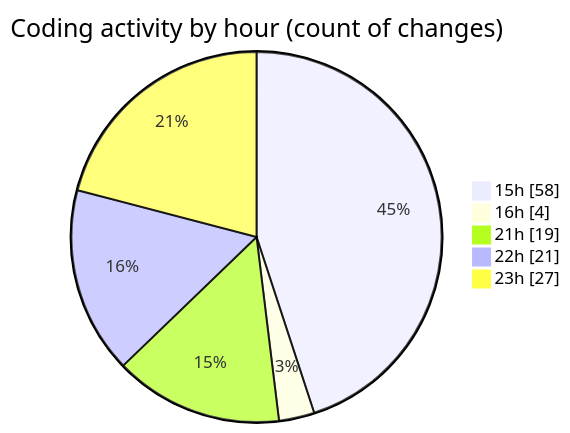
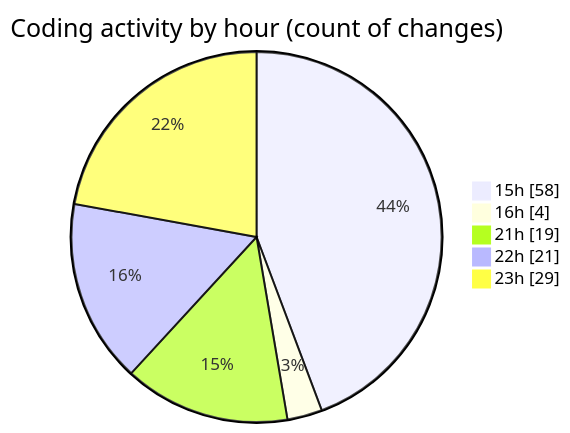
One commit to momahboobian/code-tracking changed the second of 2 diagrams in 2026-01-22/cda-web-components/README.md. Above: the diagram before and after it, drawn with Mermaid. The commit also changed other lines of this file and 1 other file, not shown here.

````diff
--- a/2026-01-22/cda-web-components/README.md
+++ b/2026-01-22/cda-web-components/README.md
@@ -72,9 +72,9 @@
 ```mermaid
 pie showData
 title Coding activity by hour (count of changes)
 "15h" : 58
 "16h" : 4
 "21h" : 19
 "22h" : 21
-"23h" : 27
+"23h" : 29
 ```
````
